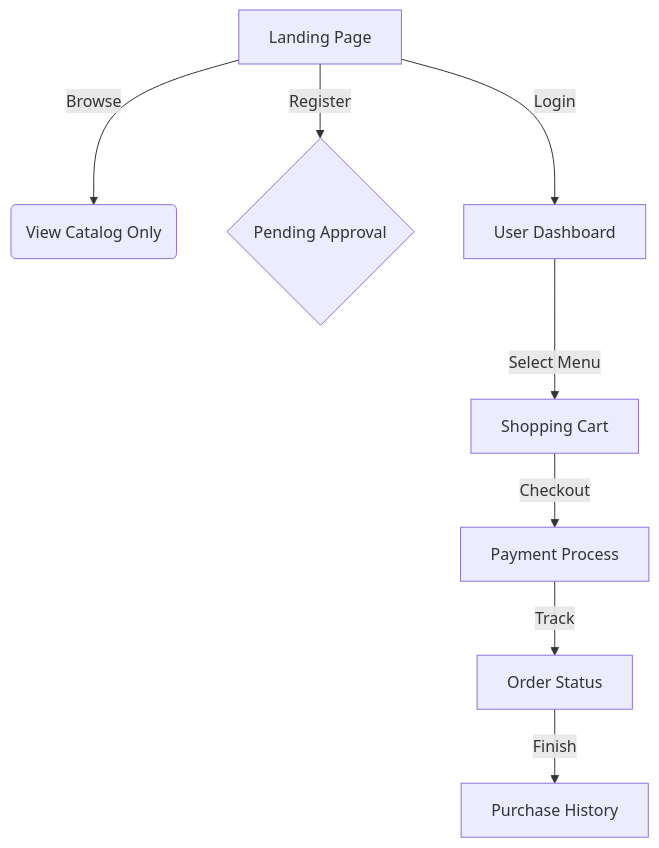
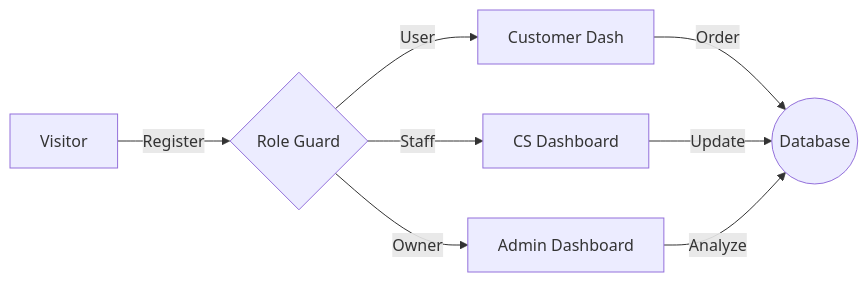
The diagram in README.md (syahputrawork98-sketch/catering-fullstack), drawn with Mermaid before and after one commit. The commit also changed other lines of this file and 23 other files, not shown here.

Commit message:
feat: implement core application structure including menu catalog, cart management, and role-based routing

````diff
--- a/README.md
+++ b/README.md
@@ -41,10 +37,10 @@
 ```mermaid
-graph TD
-    A[Landing Page] -->|Browse| B(View Catalog Only)
-    A -->|Register| C{Pending Approval}
-    A -->|Login| D[User Dashboard]
-    D -->|Select Menu| E[Shopping Cart]
-    E -->|Checkout| F[Payment Process]
-    F -->|Track| G[Order Status]
-    G -->|Finish| H[Purchase History]
+graph LR
+    A[Visitor] -->|Register| B{Role Guard}
+    B -->|User| C[Customer Dash]
+    B -->|Staff| D[CS Dashboard]
+    B -->|Owner| E[Admin Dashboard]
+    C -->|Order| F((Database))
+    D -->|Update| F
+    E -->|Analyze| F
 ```
````
